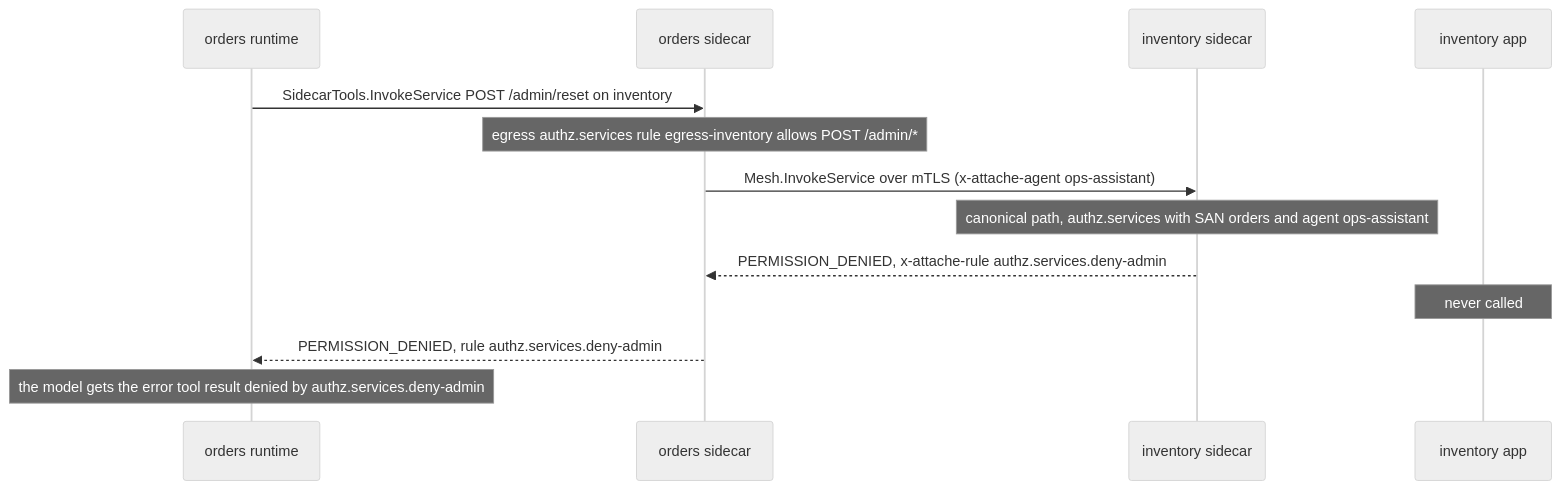
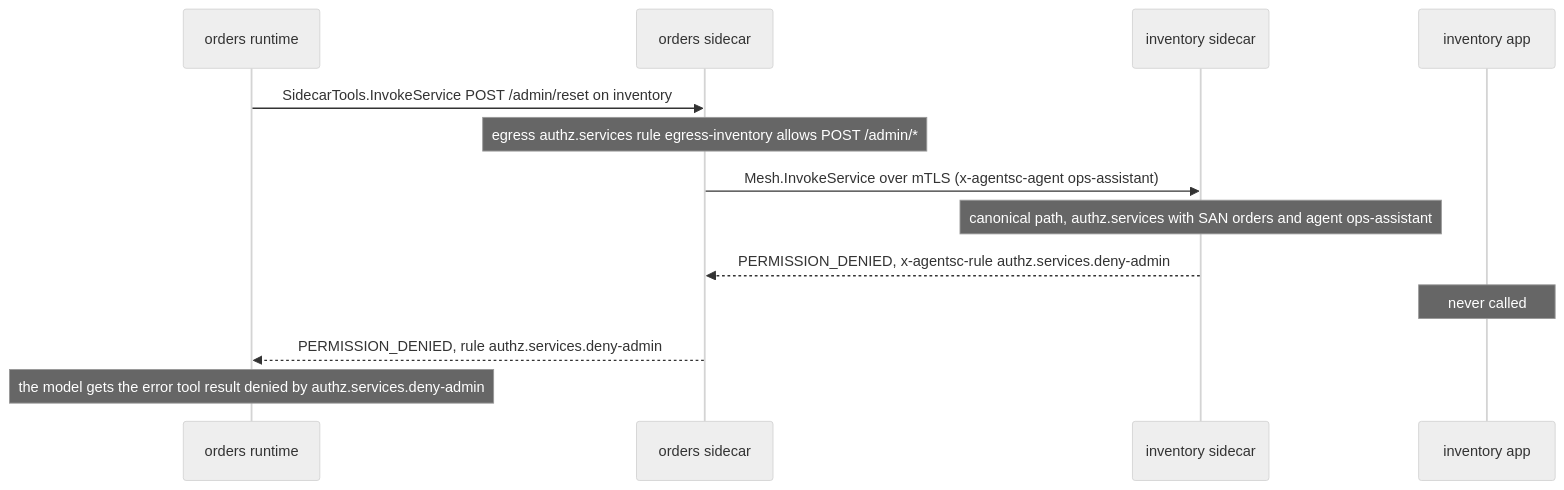
One commit to f8fvwgzc/agent-sidecar changed the third of 4 diagrams in docs/architecture.md. Above: the diagram before and after it, drawn with Mermaid (neutral theme). The commit also changed other lines of this file and 365 other files, not shown here.

First line of the commit message:
Rename attache to agentsc (agent-sidecar) everywhere

````diff
--- a/docs/architecture.md
+++ b/docs/architecture.md
@@ -256,16 +256,16 @@
 ```mermaid
 sequenceDiagram
   participant OR as orders runtime
   participant OS as orders sidecar
   participant IS as inventory sidecar
   participant IA as inventory app
 
   OR->>OS: SidecarTools.InvokeService POST /admin/reset on inventory
   Note over OS: egress authz.services rule egress-inventory allows POST /admin/*
-  OS->>IS: Mesh.InvokeService over mTLS (x-attache-agent ops-assistant)
+  OS->>IS: Mesh.InvokeService over mTLS (x-agentsc-agent ops-assistant)
   Note over IS: canonical path, authz.services with SAN orders and agent ops-assistant
-  IS-->>OS: PERMISSION_DENIED, x-attache-rule authz.services.deny-admin
+  IS-->>OS: PERMISSION_DENIED, x-agentsc-rule authz.services.deny-admin
   Note over IA: never called
   OS-->>OR: PERMISSION_DENIED, rule authz.services.deny-admin
   Note over OR: the model gets the error tool result denied by authz.services.deny-admin
 ```
````
